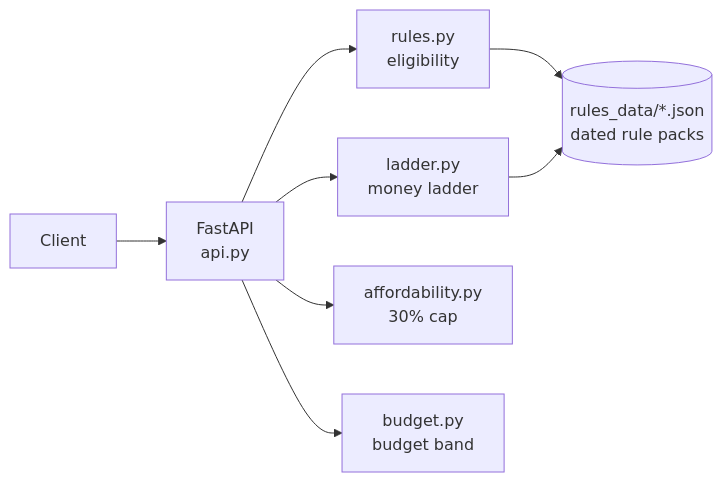
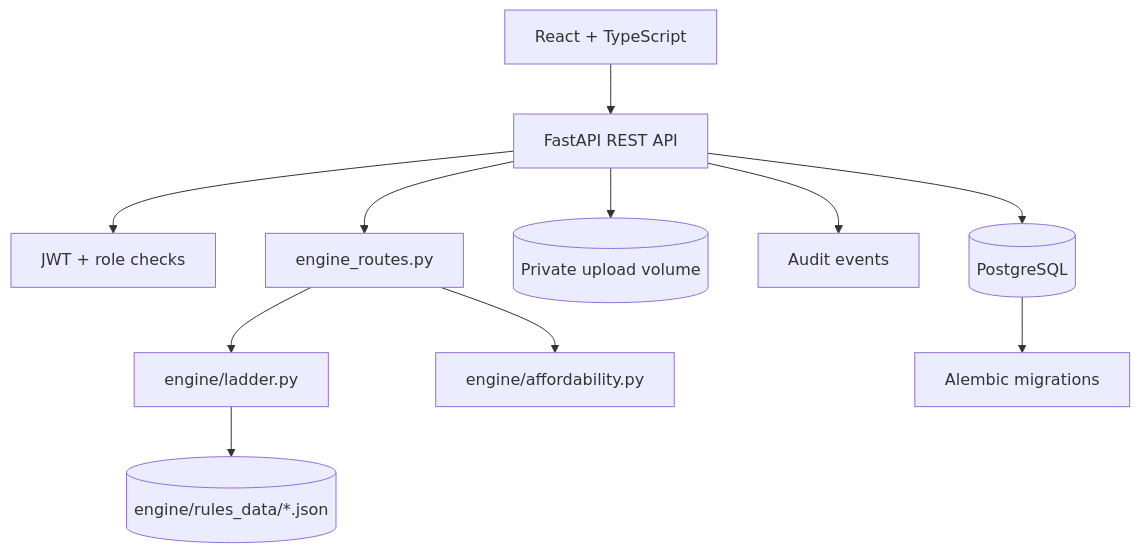
The diagram in README.md (SrijaMalhar/mane-maarga), drawn with Mermaid before and after one commit. The commit also changed other lines of this file and 2 other files, not shown here.

````diff
--- a/README.md
+++ b/README.md
@@ -72,10 +59,13 @@
 ```mermaid
-flowchart LR
-    C[Client] --> A[FastAPI<br/>api.py]
-    A --> E[rules.py<br/>eligibility]
-    A --> L[ladder.py<br/>money ladder]
-    A --> F[affordability.py<br/>30% cap]
-    A --> B[budget.py<br/>budget band]
-    E --> R[(rules_data/*.json<br/>dated rule packs)]
-    L --> R
+flowchart TD
+  UI[React + TypeScript] --> API[FastAPI REST API]
+  API --> AUTH[JWT + role checks]
+  API --> DB[(PostgreSQL)]
+  API --> FILES[(Private upload volume)]
+  API --> AUDIT[Audit events]
+  API --> ENG[engine_routes.py]
+  ENG --> LAD[engine/ladder.py]
+  ENG --> AFF[engine/affordability.py]
+  LAD --> RULES[(engine/rules_data/*.json)]
+  DB --> MIG[Alembic migrations]
 ```
````
